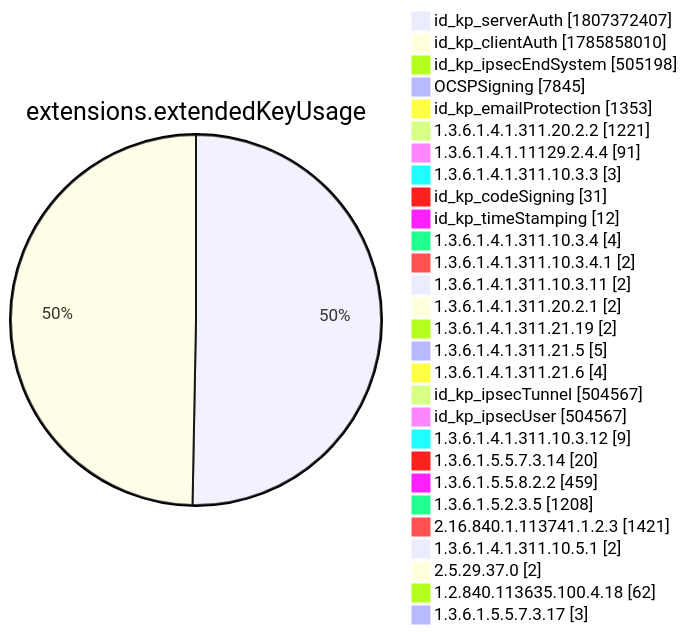
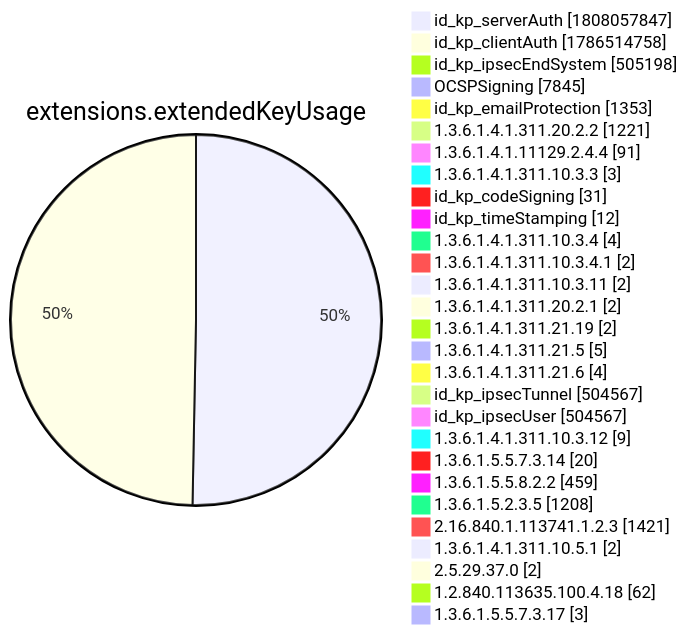
Diagram 12 of 15 in xenon2022/README.md (christiankrug/ctmonitor_visualization), drawn with Mermaid before and after one commit. The commit also changed other lines of this file, not shown here.

````diff
--- a/xenon2022/README.md
+++ b/xenon2022/README.md
@@ -3895,32 +3895,32 @@
 ```mermaid
 pie showData
 title extensions.extendedKeyUsage
-"id_kp_serverAuth" :1807372407
-"id_kp_clientAuth" :1785858010
+"id_kp_serverAuth" :1808057847
+"id_kp_clientAuth" :1786514758
 "id_kp_ipsecEndSystem" :505198
 "OCSPSigning" :7845
 "id_kp_emailProtection" :1353
 "1.3.6.1.4.1.311.20.2.2" :1221
 "1.3.6.1.4.1.11129.2.4.4" :91
 "1.3.6.1.4.1.311.10.3.3" :3
 "id_kp_codeSigning" :31
 "id_kp_timeStamping" :12
 "1.3.6.1.4.1.311.10.3.4" :4
 "1.3.6.1.4.1.311.10.3.4.1" :2
 "1.3.6.1.4.1.311.10.3.11" :2
 "1.3.6.1.4.1.311.20.2.1" :2
 "1.3.6.1.4.1.311.21.19" :2
 "1.3.6.1.4.1.311.21.5" :5
 "1.3.6.1.4.1.311.21.6" :4
 "id_kp_ipsecTunnel" :504567
 "id_kp_ipsecUser" :504567
 "1.3.6.1.4.1.311.10.3.12" :9
 "1.3.6.1.5.5.7.3.14" :20
 "1.3.6.1.5.5.8.2.2" :459
 "1.3.6.1.5.2.3.5" :1208
 "2.16.840.1.113741.1.2.3" :1421
 "1.3.6.1.4.1.311.10.5.1" :2
 "2.5.29.37.0" :2
 "1.2.840.113635.100.4.18" :62
 "1.3.6.1.5.5.7.3.17" :3
 ```
````
